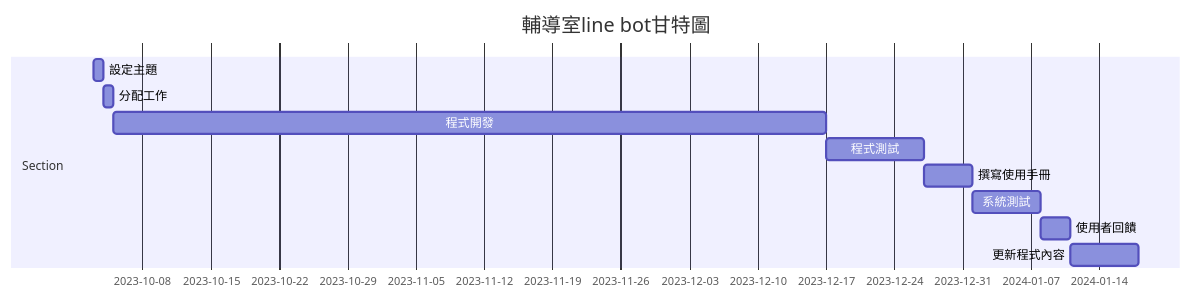
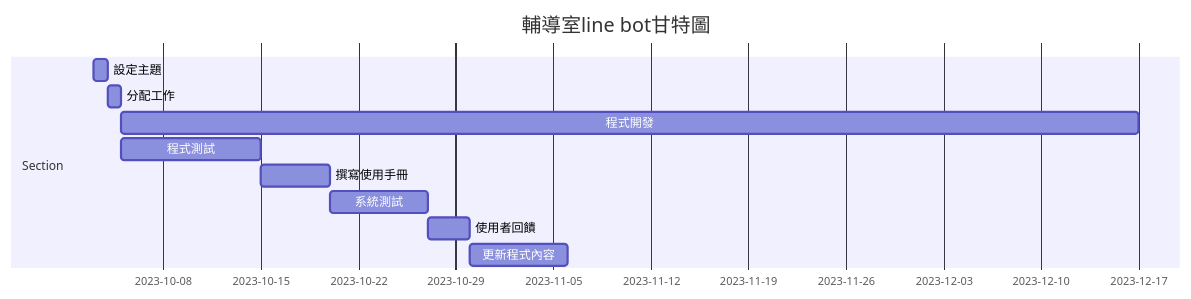
The diagram in hw2.md (xinyi1201/Group5), drawn with Mermaid before and after one commit.

````diff
--- a/hw2.md
+++ b/hw2.md
@@ -13,14 +13,14 @@
 ```mermaid
 gantt
     title 輔導室line bot甘特圖
 
     section Section
     設定主題     :a1, 2023-10-03, 0.5d
     分配工作     :a2, after a1, 0.5d
     程式開發     :a3, after a2 , 73d
-    程式測試     :a4, after a3  , 10d
+    程式測試     :a4, after a2  , 10d
     撰寫使用手冊 :a5, after  a4  , 5d
     系統測試     :a6, after a5  , 7d
     使用者回饋    :a7, after a6 , 3d
     更新程式內容  :a8, after a7 , 7d
 ```
````
